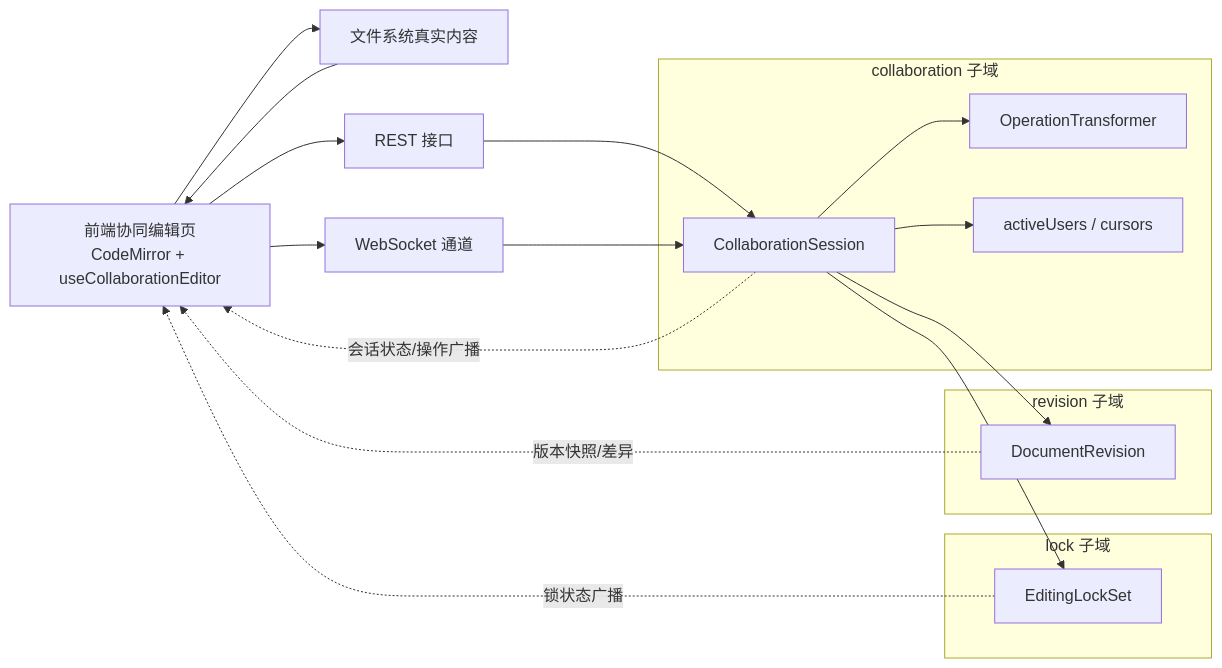
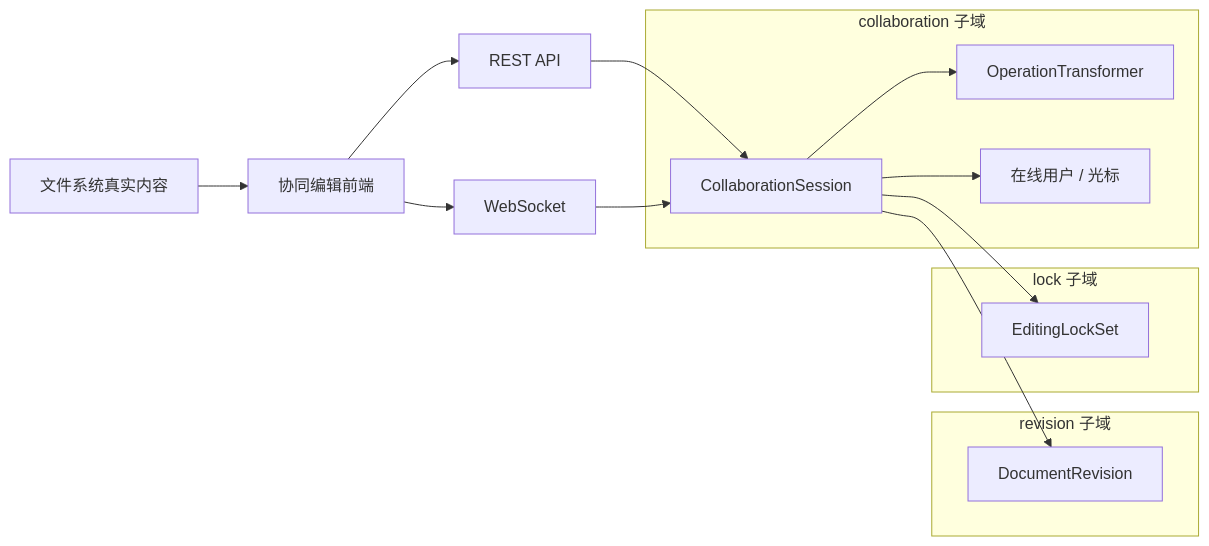
The first of 2 diagrams in docs/协同编辑领域设计.md (iAeternus/mpcs-backend), drawn with Mermaid before and after one commit. The commit also changed other lines of this file and 3 other files, not shown here.

````diff
--- a/docs/协同编辑领域设计.md
+++ b/docs/协同编辑领域设计.md
@@ -34,35 +31,31 @@
 ```mermaid
 flowchart LR
-    FE[前端协同编辑页<br/>CodeMirror + useCollaborationEditor]
-    FILE[文件系统真实内容]
-    WS[WebSocket 通道]
-    REST[REST 接口]
+    FE["协同编辑前端"]
+    REST["REST API"]
+    WS["WebSocket"]
+    FILE["文件系统真实内容"]
 
-    subgraph COLLAB[collaboration 子域]
-        SESSION[CollaborationSession]
-        OT[OperationTransformer]
-        PRESENCE[activeUsers / cursors]
+    subgraph COLLAB["collaboration 子域"]
+        SESSION["CollaborationSession"]
+        OT["OperationTransformer"]
+        PRESENCE["在线用户 / 光标"]
     end
 
-    subgraph LOCK[lock 子域]
-        LOCKSET[EditingLockSet]
+    subgraph REV["revision 子域"]
+        REVISION["DocumentRevision"]
     end
 
-    subgraph REVISION[revision 子域]
-        REV[DocumentRevision]
+    subgraph LOCK["lock 子域"]
+        LOCKSET["EditingLockSet"]
     end
 
     FE --> REST
     FE --> WS
     REST --> SESSION
     WS --> SESSION
     SESSION --> OT
     SESSION --> PRESENCE
+    SESSION --> REVISION
     SESSION --> LOCKSET
-    SESSION --> REV
     FILE --> FE
-    FE --> FILE
-    REV -.版本快照/差异.-> FE
-    LOCKSET -.锁状态广播.-> FE
-    SESSION -.会话状态/操作广播.-> FE
 ```
````
